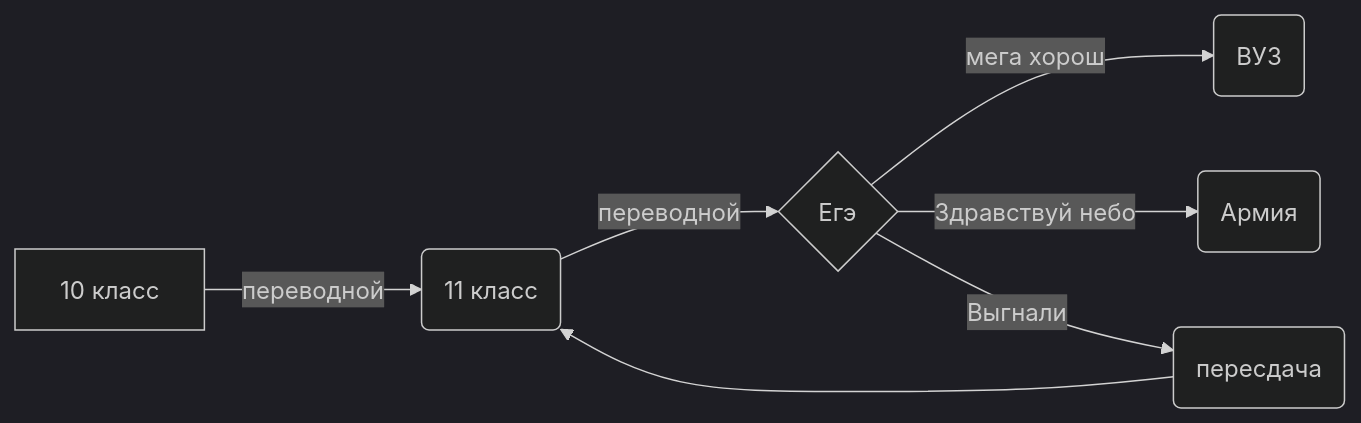
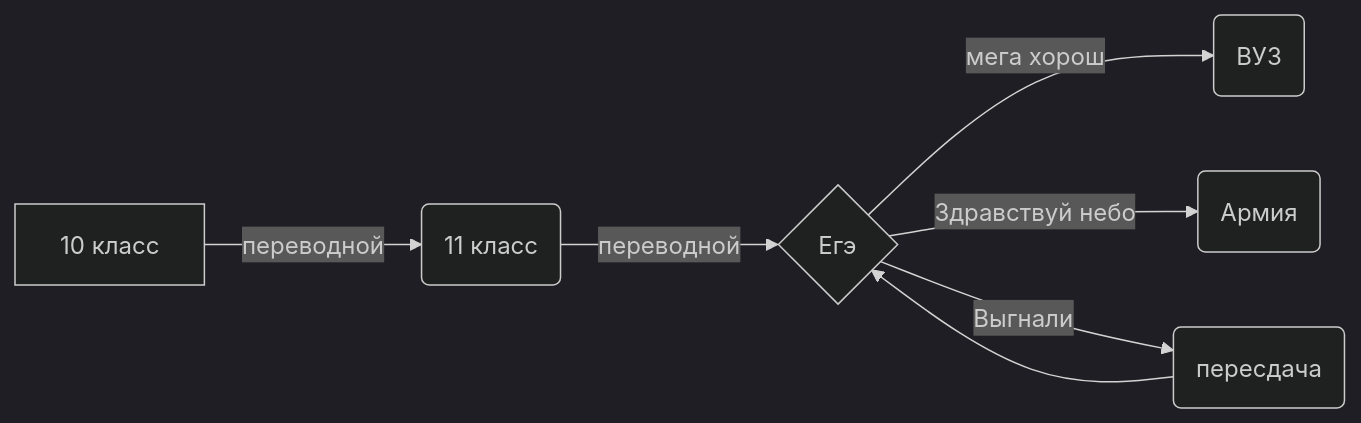
The diagram in README.md (yeryerix/inf), drawn with Mermaid (dark theme) before and after one commit.

````diff
--- a/README.md
+++ b/README.md
@@ -23,11 +23,11 @@
 ```mermaid
 
 flowchart LR
 
 A[10 класс] -->|переводной| B(11 класс)
 B -->|переводной| C{Егэ}
 C -->|мега хорош| D(ВУЗ)
 C -->|Здравствуй небо| E(Армия)
 C -->|Выгнали| F(пересдача)
-F --> B
+F --> C
 ```
````
